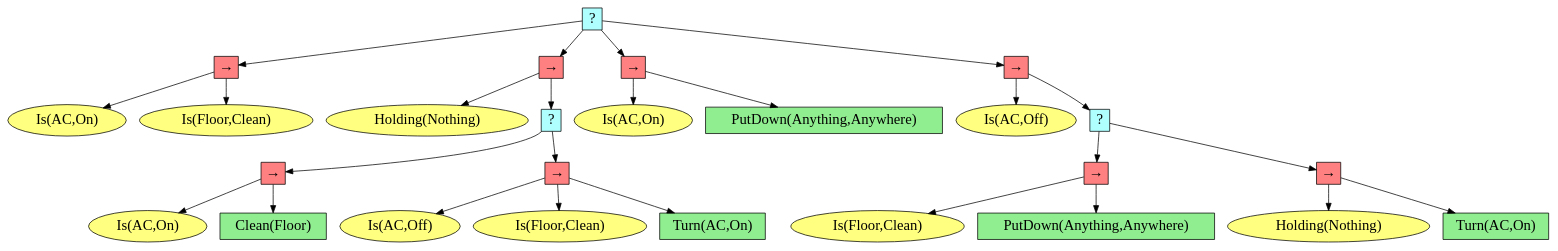
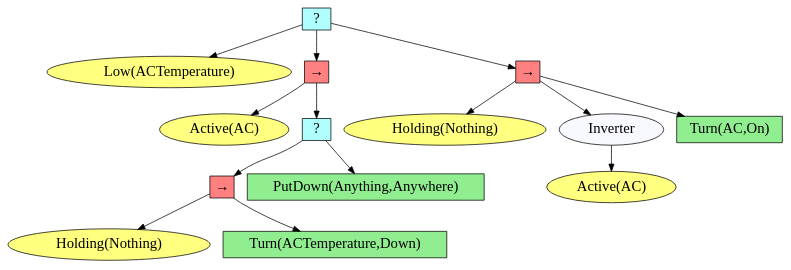
One commit to HPCL-EI/RoboWaiter changed the diagram in robowaiter/scene/outputs/expanded_bt.dot. Above: the diagram before and after it, drawn with Graphviz. The commit also changed 335 other files, not shown here.

```diff
--- a/robowaiter/scene/outputs/expanded_bt.dot
+++ b/robowaiter/scene/outputs/expanded_bt.dot
@@ -1,57 +1,33 @@
 digraph pastafarianism {
 ordering=out;
 graph [fontname="times-roman"];
 node [fontname="times-roman"];
 edge [fontname="times-roman"];
-"2db2976c-cdda-4837-b4d3-4dbbb4538910" [fillcolor="#B0FFFF", fontcolor=black, fontsize=20, height=0.01, label="?", shape=box, style=filled, width=0.01];
-"b3ce54db-f0ff-4840-86e3-ef7d95c6ebab" [fillcolor="#FF8080", fontcolor=black, fontsize=20, height=0.01, label="&rarr;", shape=box, style=filled, width=0.01];
-"2db2976c-cdda-4837-b4d3-4dbbb4538910" -> "b3ce54db-f0ff-4840-86e3-ef7d95c6ebab";
-"eb22ee5d-c613-41da-a1a6-c44c2b7fc4d1" [fillcolor="#FFFF80", fontcolor=black, fontsize=20, label="Is(AC,On)", shape=ellipse, style=filled];
-"b3ce54db-f0ff-4840-86e3-ef7d95c6ebab" -> "eb22ee5d-c613-41da-a1a6-c44c2b7fc4d1";
-"7f19976b-2e24-47b0-bb26-9c358cdfeb23" [fillcolor="#FFFF80", fontcolor=black, fontsize=20, label="Is(Floor,Clean)", shape=ellipse, style=filled];
-"b3ce54db-f0ff-4840-86e3-ef7d95c6ebab" -> "7f19976b-2e24-47b0-bb26-9c358cdfeb23";
-"c2dd86b2-b9fe-4f6e-afae-57346859eafa" [fillcolor="#FF8080", fontcolor=black, fontsize=20, height=0.01, label="&rarr;", shape=box, style=filled, width=0.01];
-"2db2976c-cdda-4837-b4d3-4dbbb4538910" -> "c2dd86b2-b9fe-4f6e-afae-57346859eafa";
-"2b2e8b9b-862f-43ac-bb82-57ba95d623e3" [fillcolor="#FFFF80", fontcolor=black, fontsize=20, label="Holding(Nothing)", shape=ellipse, style=filled];
-"c2dd86b2-b9fe-4f6e-afae-57346859eafa" -> "2b2e8b9b-862f-43ac-bb82-57ba95d623e3";
-"f4f33a8f-ff13-493a-a78f-da05090f8336" [fillcolor="#B0FFFF", fontcolor=black, fontsize=20, height=0.01, label="?", shape=box, style=filled, width=0.01];
-"c2dd86b2-b9fe-4f6e-afae-57346859eafa" -> "f4f33a8f-ff13-493a-a78f-da05090f8336";
-"a3256f70-bcb0-4ef0-a81b-741752b6d07e" [fillcolor="#FF8080", fontcolor=black, fontsize=20, height=0.01, label="&rarr;", shape=box, style=filled, width=0.01];
-"f4f33a8f-ff13-493a-a78f-da05090f8336" -> "a3256f70-bcb0-4ef0-a81b-741752b6d07e";
-"813bbab4-bc04-427c-9040-a006399f5c45" [fillcolor="#FFFF80", fontcolor=black, fontsize=20, label="Is(AC,On)", shape=ellipse, style=filled];
-"a3256f70-bcb0-4ef0-a81b-741752b6d07e" -> "813bbab4-bc04-427c-9040-a006399f5c45";
-"94284302-d3f9-4a66-bf32-52eda963058e" [fillcolor=lightgreen, fontcolor=black, fontsize=20, label="Clean(Floor)", shape=box, style=filled];
-"a3256f70-bcb0-4ef0-a81b-741752b6d07e" -> "94284302-d3f9-4a66-bf32-52eda963058e";
-"e74e83a6-bc77-4dc9-aa78-4f400bc9a730" [fillcolor="#FF8080", fontcolor=black, fontsize=20, height=0.01, label="&rarr;", shape=box, style=filled, width=0.01];
-"f4f33a8f-ff13-493a-a78f-da05090f8336" -> "e74e83a6-bc77-4dc9-aa78-4f400bc9a730";
-"093a1c94-4aae-4cff-8fcb-06d18c6a9790" [fillcolor="#FFFF80", fontcolor=black, fontsize=20, label="Is(AC,Off)", shape=ellipse, style=filled];
-"e74e83a6-bc77-4dc9-aa78-4f400bc9a730" -> "093a1c94-4aae-4cff-8fcb-06d18c6a9790";
-"0ec75c23-457b-4541-99d8-628102646eef" [fillcolor="#FFFF80", fontcolor=black, fontsize=20, label="Is(Floor,Clean)", shape=ellipse, style=filled];
-"e74e83a6-bc77-4dc9-aa78-4f400bc9a730" -> "0ec75c23-457b-4541-99d8-628102646eef";
-"0a54b3fc-0cce-4cf4-be75-5f18647b52d4" [fillcolor=lightgreen, fontcolor=black, fontsize=20, label="Turn(AC,On)", shape=box, style=filled];
-"e74e83a6-bc77-4dc9-aa78-4f400bc9a730" -> "0a54b3fc-0cce-4cf4-be75-5f18647b52d4";
-"bb7a8a0f-cbd8-4595-be11-ad28a431cdd7" [fillcolor="#FF8080", fontcolor=black, fontsize=20, height=0.01, label="&rarr;", shape=box, style=filled, width=0.01];
-"2db2976c-cdda-4837-b4d3-4dbbb4538910" -> "bb7a8a0f-cbd8-4595-be11-ad28a431cdd7";
-"856fa507-12df-4ab7-a7c0-2c327abfebb1" [fillcolor="#FFFF80", fontcolor=black, fontsize=20, label="Is(AC,On)", shape=ellipse, style=filled];
-"bb7a8a0f-cbd8-4595-be11-ad28a431cdd7" -> "856fa507-12df-4ab7-a7c0-2c327abfebb1";
-"15f01872-190c-44eb-8903-ca38a7a51aeb" [fillcolor=lightgreen, fontcolor=black, fontsize=20, label="PutDown(Anything,Anywhere)", shape=box, style=filled];
-"bb7a8a0f-cbd8-4595-be11-ad28a431cdd7" -> "15f01872-190c-44eb-8903-ca38a7a51aeb";
-"521017a2-5249-4dcf-a960-09032a615bf4" [fillcolor="#FF8080", fontcolor=black, fontsize=20, height=0.01, label="&rarr;", shape=box, style=filled, width=0.01];
-"2db2976c-cdda-4837-b4d3-4dbbb4538910" -> "521017a2-5249-4dcf-a960-09032a615bf4";
-"c480f850-8188-4c14-9289-9043f0c4f9cc" [fillcolor="#FFFF80", fontcolor=black, fontsize=20, label="Is(AC,Off)", shape=ellipse, style=filled];
-"521017a2-5249-4dcf-a960-09032a615bf4" -> "c480f850-8188-4c14-9289-9043f0c4f9cc";
-"12dd8c3d-d161-4ae6-9592-b8782884939e" [fillcolor="#B0FFFF", fontcolor=black, fontsize=20, height=0.01, label="?", shape=box, style=filled, width=0.01];
-"521017a2-5249-4dcf-a960-09032a615bf4" -> "12dd8c3d-d161-4ae6-9592-b8782884939e";
-"6c30bf44-028c-4dab-8e38-ff859419cfcf" [fillcolor="#FF8080", fontcolor=black, fontsize=20, height=0.01, label="&rarr;", shape=box, style=filled, width=0.01];
-"12dd8c3d-d161-4ae6-9592-b8782884939e" -> "6c30bf44-028c-4dab-8e38-ff859419cfcf";
-"f7c780d5-aec3-4a6e-a11d-3f3f4fd651f3" [fillcolor="#FFFF80", fontcolor=black, fontsize=20, label="Is(Floor,Clean)", shape=ellipse, style=filled];
-"6c30bf44-028c-4dab-8e38-ff859419cfcf" -> "f7c780d5-aec3-4a6e-a11d-3f3f4fd651f3";
-"891f47a3-c914-4b53-b30e-36a0fb51f15a" [fillcolor=lightgreen, fontcolor=black, fontsize=20, label="PutDown(Anything,Anywhere)", shape=box, style=filled];
-"6c30bf44-028c-4dab-8e38-ff859419cfcf" -> "891f47a3-c914-4b53-b30e-36a0fb51f15a";
-"69417d3a-d3da-4767-9eea-4b9c64bd24b4" [fillcolor="#FF8080", fontcolor=black, fontsize=20, height=0.01, label="&rarr;", shape=box, style=filled, width=0.01];
-"12dd8c3d-d161-4ae6-9592-b8782884939e" -> "69417d3a-d3da-4767-9eea-4b9c64bd24b4";
-"69afa45a-6e57-4c11-89bd-b437d400dee4" [fillcolor="#FFFF80", fontcolor=black, fontsize=20, label="Holding(Nothing)", shape=ellipse, style=filled];
-"69417d3a-d3da-4767-9eea-4b9c64bd24b4" -> "69afa45a-6e57-4c11-89bd-b437d400dee4";
-"bae4444e-5746-403d-be66-17b721dd5a3f" [fillcolor=lightgreen, fontcolor=black, fontsize=20, label="Turn(AC,On)", shape=box, style=filled];
-"69417d3a-d3da-4767-9eea-4b9c64bd24b4" -> "bae4444e-5746-403d-be66-17b721dd5a3f";
+"d1ca3ee2-e890-4fd7-b541-bd4c29808ddc" [fillcolor="#B0FFFF", fontcolor=black, fontsize=20, height=0.01, label=" ? ", shape=box, style=filled, width=0.01];
+"d7b23c19-aba3-46c5-bdf4-51502c76a99b" [fillcolor="#FFFF80", fontcolor=black, fontsize=20, label="Low(ACTemperature)", shape=ellipse, style=filled];
+"d1ca3ee2-e890-4fd7-b541-bd4c29808ddc" -> "d7b23c19-aba3-46c5-bdf4-51502c76a99b";
+"44cbf8b5-4181-460c-a9c1-bfbdf4f27e23" [fillcolor="#FF8080", fontcolor=black, fontsize=20, height=0.01, label="&rarr;", shape=box, style=filled, width=0.01];
+"d1ca3ee2-e890-4fd7-b541-bd4c29808ddc" -> "44cbf8b5-4181-460c-a9c1-bfbdf4f27e23";
+"8bff0a94-d464-47c2-8562-dd723ed5382d" [fillcolor="#FFFF80", fontcolor=black, fontsize=20, label="Active(AC)", shape=ellipse, style=filled];
+"44cbf8b5-4181-460c-a9c1-bfbdf4f27e23" -> "8bff0a94-d464-47c2-8562-dd723ed5382d";
+"ac205a8f-bac4-44a7-9980-a89596ea8d33" [fillcolor="#B0FFFF", fontcolor=black, fontsize=20, height=0.01, label=" ? ", shape=box, style=filled, width=0.01];
+"44cbf8b5-4181-460c-a9c1-bfbdf4f27e23" -> "ac205a8f-bac4-44a7-9980-a89596ea8d33";
+"429863cb-e044-4928-be68-7a6026d2e687" [fillcolor="#FF8080", fontcolor=black, fontsize=20, height=0.01, label="&rarr;", shape=box, style=filled, width=0.01];
+"ac205a8f-bac4-44a7-9980-a89596ea8d33" -> "429863cb-e044-4928-be68-7a6026d2e687";
+"48a6ed71-8604-4206-bd3e-7a9911de44cf" [fillcolor="#FFFF80", fontcolor=black, fontsize=20, label="Holding(Nothing)", shape=ellipse, style=filled];
+"429863cb-e044-4928-be68-7a6026d2e687" -> "48a6ed71-8604-4206-bd3e-7a9911de44cf";
+"95755904-2737-4550-a2cc-42b160664b1f" [fillcolor=lightgreen, fontcolor=black, fontsize=20, label="Turn(ACTemperature,Down)", shape=box, style=filled];
+"429863cb-e044-4928-be68-7a6026d2e687" -> "95755904-2737-4550-a2cc-42b160664b1f";
+"e1993dae-8395-4387-bed0-b1ebe84563a3" [fillcolor=lightgreen, fontcolor=black, fontsize=20, label="PutDown(Anything,Anywhere)", shape=box, style=filled];
+"ac205a8f-bac4-44a7-9980-a89596ea8d33" -> "e1993dae-8395-4387-bed0-b1ebe84563a3";
+"7049f538-4c38-45f8-874c-870f89da2fe9" [fillcolor="#FF8080", fontcolor=black, fontsize=20, height=0.01, label="&rarr;", shape=box, style=filled, width=0.01];
+"d1ca3ee2-e890-4fd7-b541-bd4c29808ddc" -> "7049f538-4c38-45f8-874c-870f89da2fe9";
+"5b2149db-788f-4bd5-ae22-a97e7e2f7f35" [fillcolor="#FFFF80", fontcolor=black, fontsize=20, label="Holding(Nothing)", shape=ellipse, style=filled];
+"7049f538-4c38-45f8-874c-870f89da2fe9" -> "5b2149db-788f-4bd5-ae22-a97e7e2f7f35";
+"403078e9-cb8e-45e3-b2a1-40b0ed1adf12" [fillcolor=ghostwhite, fontcolor=black, fontsize=20, label=Inverter, shape=ellipse, style=filled];
+"7049f538-4c38-45f8-874c-870f89da2fe9" -> "403078e9-cb8e-45e3-b2a1-40b0ed1adf12";
+"c682a403-59d5-45b5-85f7-fd9cc05dfcb1" [fillcolor="#FFFF80", fontcolor=black, fontsize=20, label="Active(AC)", shape=ellipse, style=filled];
+"403078e9-cb8e-45e3-b2a1-40b0ed1adf12" -> "c682a403-59d5-45b5-85f7-fd9cc05dfcb1";
+"d99377e6-06a9-4147-8a51-d4680e2b4086" [fillcolor=lightgreen, fontcolor=black, fontsize=20, label="Turn(AC,On)", shape=box, style=filled];
+"7049f538-4c38-45f8-874c-870f89da2fe9" -> "d99377e6-06a9-4147-8a51-d4680e2b4086";
 }
```
